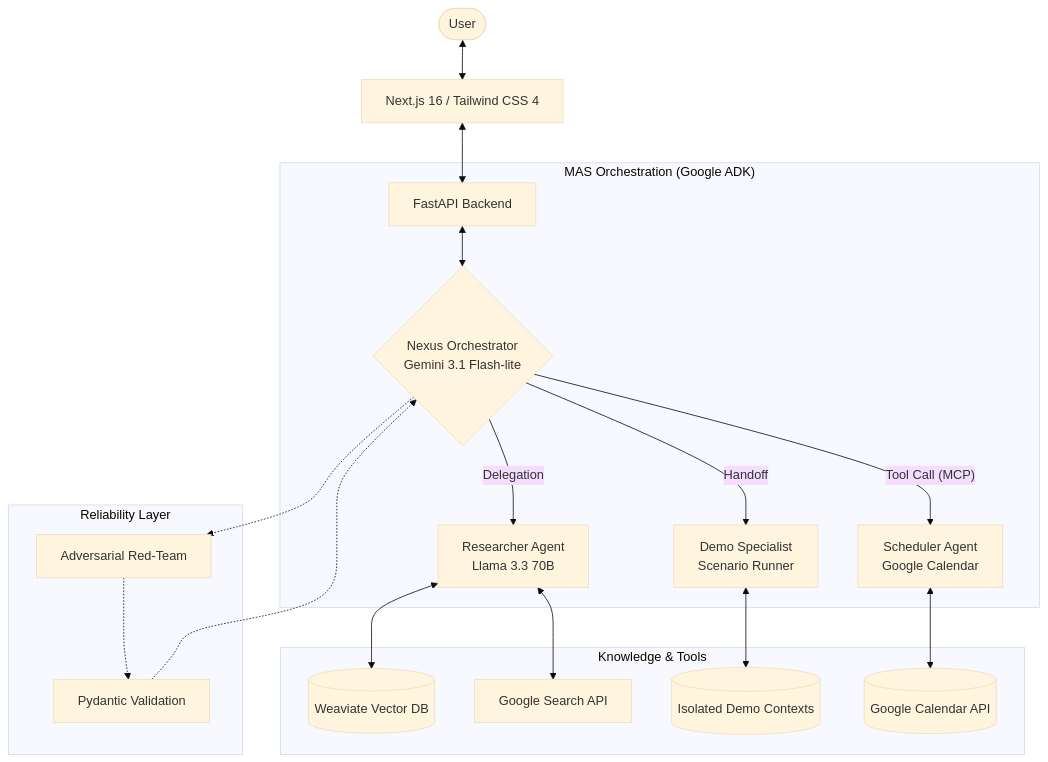
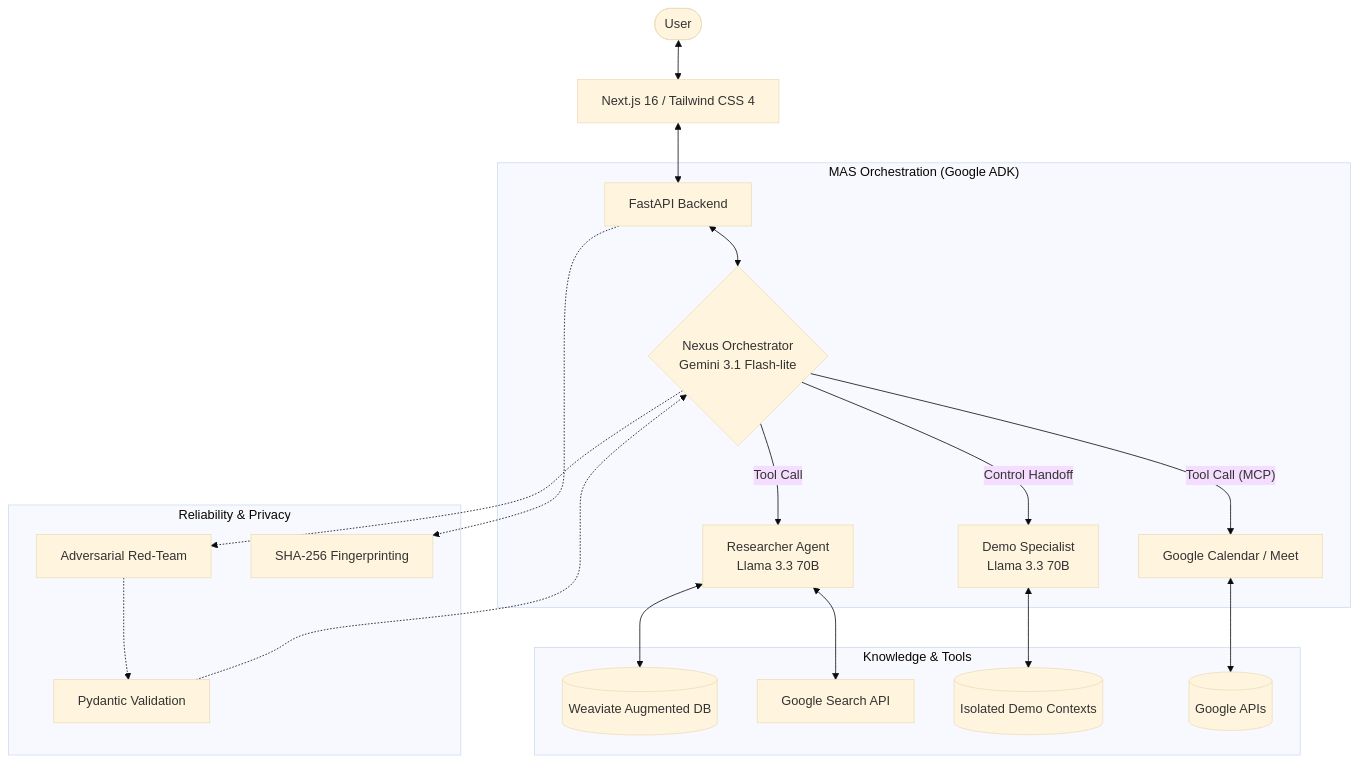
Before and after one commit to Hou-dini/Hou-dini: the diagram in README.md, drawn with Mermaid (base theme). The commit also changed other lines of this file, not shown here.

Commit message:
Revise Project Mirror description and diagram
Updated project description and improved diagram details.

````diff
--- a/README.md
+++ b/README.md
@@ -40,25 +40,26 @@
 ```mermaid
 graph TD
     User([User]) <--> Frontend[Next.js 16 / Tailwind CSS 4]
     Frontend <--> API[FastAPI Backend]
-    
+
     subgraph "MAS Orchestration (Google ADK)"
         API <--> Nexus{Nexus Orchestrator<br/>Gemini 3.1 Flash-lite}
-        Nexus -- "Delegation" --> Researcher[Researcher Agent<br/>Llama 3.3 70B]
-        Nexus -- "Handoff" --> DemoSpec[Demo Specialist<br/>Scenario Runner]
-        Nexus -- "Tool Call (MCP)" --> Scheduler[Scheduler Agent<br/>Google Calendar]
+        Nexus -- "Control Handoff" --> DemoSpec[Demo Specialist<br/>Llama 3.3 70B]
+        Nexus -- "Tool Call" --> Researcher[Researcher Agent<br/>Llama 3.3 70B]
+        Nexus -- "Tool Call (MCP)" --> Calendar[Google Calendar / Meet]
     end
 
     subgraph "Knowledge & Tools"
-        Researcher <--> VectorDB[(Weaviate Vector DB)]
+        Researcher <--> VectorDB[(Weaviate Augmented DB)]
         Researcher <--> Search[Google Search API]
         DemoSpec <--> MockData[(Isolated Demo Contexts)]
-        Scheduler <--> Calendar[(Google Calendar API)]
+        Calendar <--> GoogleAPI[(Google APIs)]
     end
 
-    subgraph "Reliability Layer"
+    subgraph "Reliability & Privacy"
         Nexus -.-> RedTeam[Adversarial Red-Team]
         RedTeam -.-> Guardrails[Pydantic Validation]
         Guardrails -.-> Nexus
+        API -.-> Fingerprint[SHA-256 Fingerprinting]
     end
 ```
````
